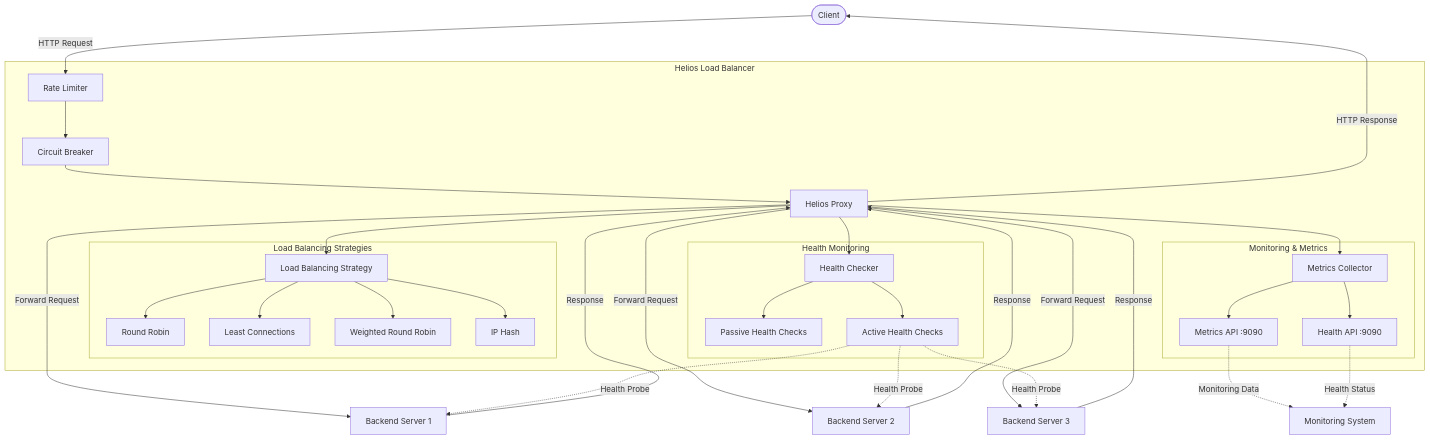
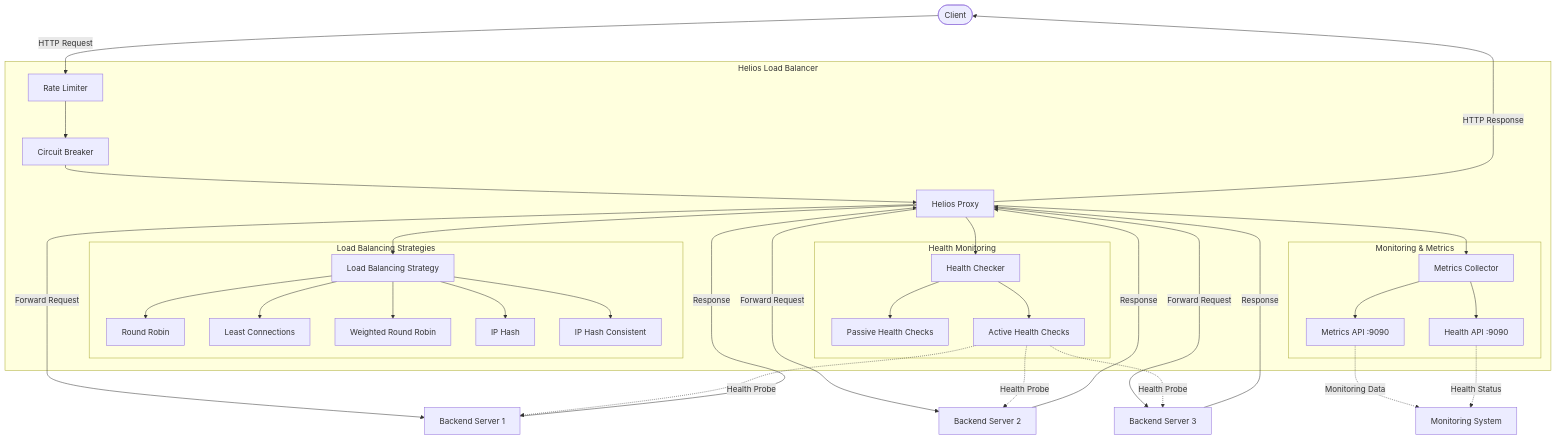
Before and after one commit to 0xReLogic/Helios: the diagram in README.md, drawn with Mermaid. The commit also changed other lines of this file and 8 other files, not shown here.

First line of the commit message:
feat: Add Jump Consistent Hash (ip_hash_consistent) as 5th strategy

````diff
--- a/README.md
+++ b/README.md
@@ -69,46 +70,47 @@
 ```mermaid
 graph TD
     Client([Client]) -->|HTTP Request| RateLimit[Rate Limiter]
 
     subgraph "Helios Load Balancer"
         RateLimit --> CircuitBreaker[Circuit Breaker]
         CircuitBreaker --> Helios[Helios Proxy]
         Helios --> LoadBalancer[Load Balancing Strategy]
         Helios --> HealthChecker[Health Checker]
         Helios --> MetricsCollector[Metrics Collector]
 
         subgraph "Health Monitoring"
             HealthChecker --> PassiveChecks[Passive Health Checks]
             HealthChecker --> ActiveChecks[Active Health Checks]
         end
 
         subgraph "Load Balancing Strategies"
             LoadBalancer --> RoundRobin[Round Robin]
             LoadBalancer --> LeastConn[Least Connections]
             LoadBalancer --> WeightedRR[Weighted Round Robin]
             LoadBalancer --> IPHash[IP Hash]
+            LoadBalancer --> IPHashConsistent[IP Hash Consistent]
         end
 
         subgraph "Monitoring & Metrics"
             MetricsCollector --> MetricsAPI[Metrics API :9090]
             MetricsCollector --> HealthAPI[Health API :9090]
         end
     end
 
     Helios -->|Forward Request| Backend1[Backend Server 1]
     Helios -->|Forward Request| Backend2[Backend Server 2]
     Helios -->|Forward Request| Backend3[Backend Server 3]
 
     ActiveChecks -.->|Health Probe| Backend1
     ActiveChecks -.->|Health Probe| Backend2
     ActiveChecks -.->|Health Probe| Backend3
 
     Backend1 -->|Response| Helios
     Backend2 -->|Response| Helios
     Backend3 -->|Response| Helios
 
     Helios -->|HTTP Response| Client
 
     MetricsAPI -.->|Monitoring Data| Monitoring[Monitoring System]
     HealthAPI -.->|Health Status| Monitoring
 ```
````
